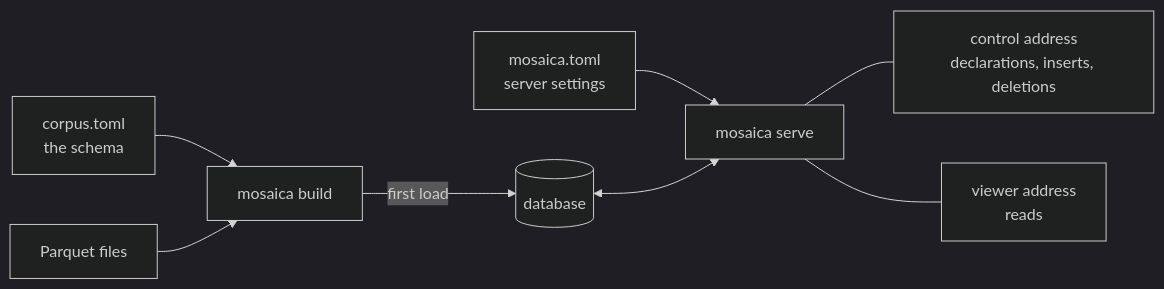
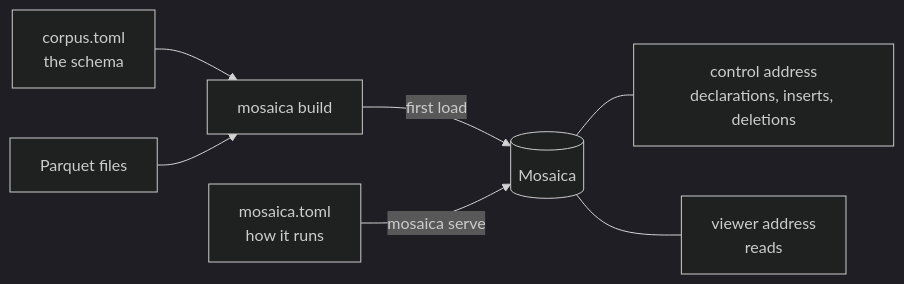
Before and after one commit to mosaicadb/mosaica: the diagram in docs/start/install.md, drawn with Mermaid (dark theme). The commit also changed other lines of this file and 1 other file, not shown here.

Commit message:
Overview and install: Mosaica is the database, loaded over the API or the clients, with a build as the fast first load

````diff
--- a/docs/start/install.md
+++ b/docs/start/install.md
@@ -51,10 +51,9 @@
 ```mermaid
 flowchart LR
   schema["corpus.toml<br/>the schema"] --> build["mosaica build"]
   files["Parquet files"] --> build
-  build -->|first load| db[("database")]
-  settings["mosaica.toml<br/>server settings"] --> serve["mosaica serve"]
-  db <--> serve
-  serve --- control["control address<br/>declarations, inserts, deletions"]
-  serve --- viewer["viewer address<br/>reads"]
+  build -->|first load| db[("Mosaica")]
+  settings["mosaica.toml<br/>how it runs"] -->|mosaica serve| db
+  db --- control["control address<br/>declarations, inserts, deletions"]
+  db --- viewer["viewer address<br/>reads"]
 ```
````
